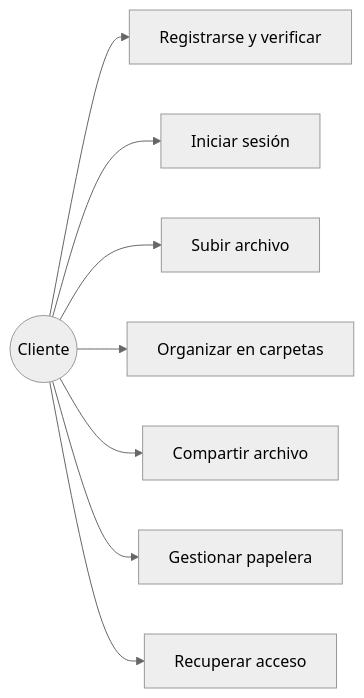
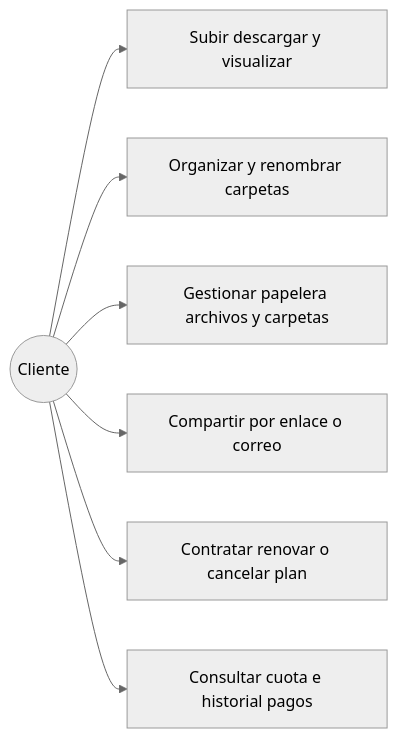
One commit to JFernn4/Servicio-de-Almacenamiento changed the second of 15 diagrams in docs/DOCUMENTACION_PROYECTO.md. Above: the diagram before and after it, drawn with Mermaid (neutral theme). The commit also changed other lines of this file and 8 other files, not shown here.

````diff
--- a/docs/DOCUMENTACION_PROYECTO.md
+++ b/docs/DOCUMENTACION_PROYECTO.md
@@ -78,19 +97,17 @@
 ```mermaid
 flowchart LR
     Cliente((Cliente))
-    CU01["Registrarse y verificar"]
-    CU02["Iniciar sesión"]
-    CU03["Subir archivo"]
-    CU04["Organizar en carpetas"]
-    CU05["Compartir archivo"]
-    CU06["Gestionar papelera"]
-    CU07["Recuperar acceso"]
+    CU06["Subir descargar y visualizar"]
+    CU07["Organizar y renombrar carpetas"]
+    CU08["Gestionar papelera archivos y carpetas"]
+    CU09["Compartir por enlace o correo"]
+    CU10["Contratar renovar o cancelar plan"]
+    CU11["Consultar cuota e historial pagos"]
 
-    Cliente --> CU01
-    Cliente --> CU02
-    Cliente --> CU03
-    Cliente --> CU04
-    Cliente --> CU05
     Cliente --> CU06
     Cliente --> CU07
+    Cliente --> CU08
+    Cliente --> CU09
+    Cliente --> CU10
+    Cliente --> CU11
 ```
````
